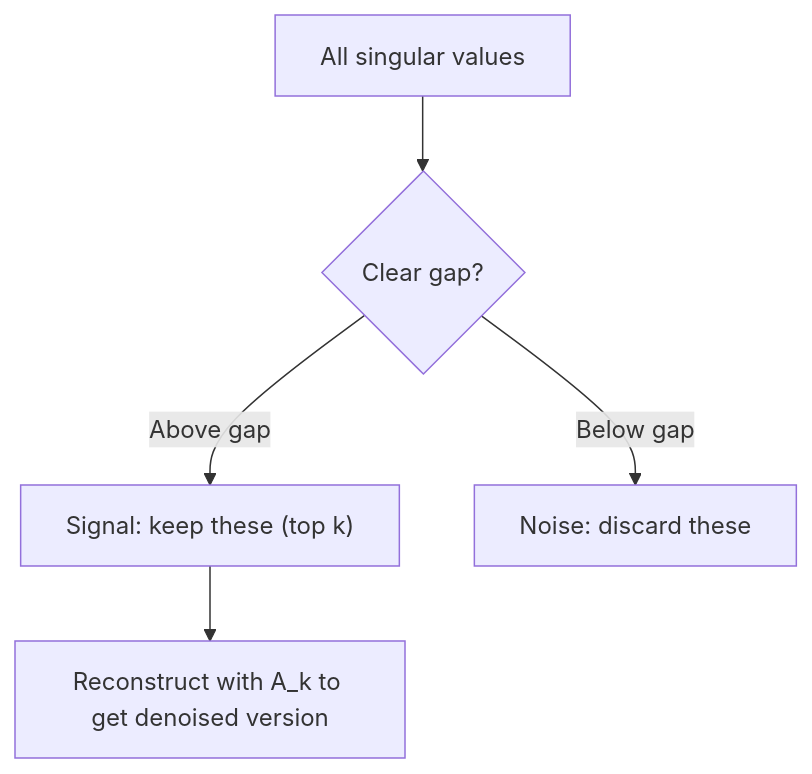
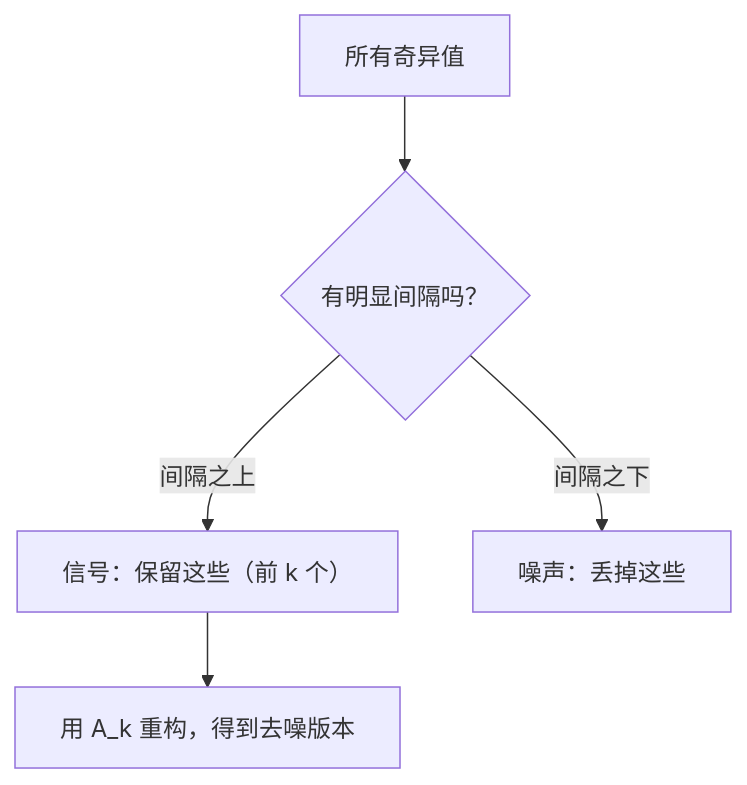
Before and after one commit to omigaZen/ai-engineering-from-scratch: the second of 2 diagrams in phases/01-math-foundations/11-singular-value-decomposition/docs/zh.md, drawn with Mermaid. The commit also changed other lines of this file, not shown here.

````diff
--- a/phases/01-math-foundations/11-singular-value-decomposition/docs/zh.md
+++ b/phases/01-math-foundations/11-singular-value-decomposition/docs/zh.md
@@ -274,7 +274,7 @@
 ```mermaid
 graph TD
-    A["All singular values"] --> B{"Clear gap?"}
-    B -->|"Above gap"| C["Signal: keep these (top k)"]
-    B -->|"Below gap"| D["Noise: discard these"]
-    C --> E["Reconstruct with A_k to get denoised version"]
+    A["所有奇异值"] --> B{"有明显间隔吗？"}
+    B -->|"间隔之上"| C["信号：保留这些（前 k 个）"]
+    B -->|"间隔之下"| D["噪声：丢掉这些"]
+    C --> E["用 A_k 重构，得到去噪版本"]
 ```
````
